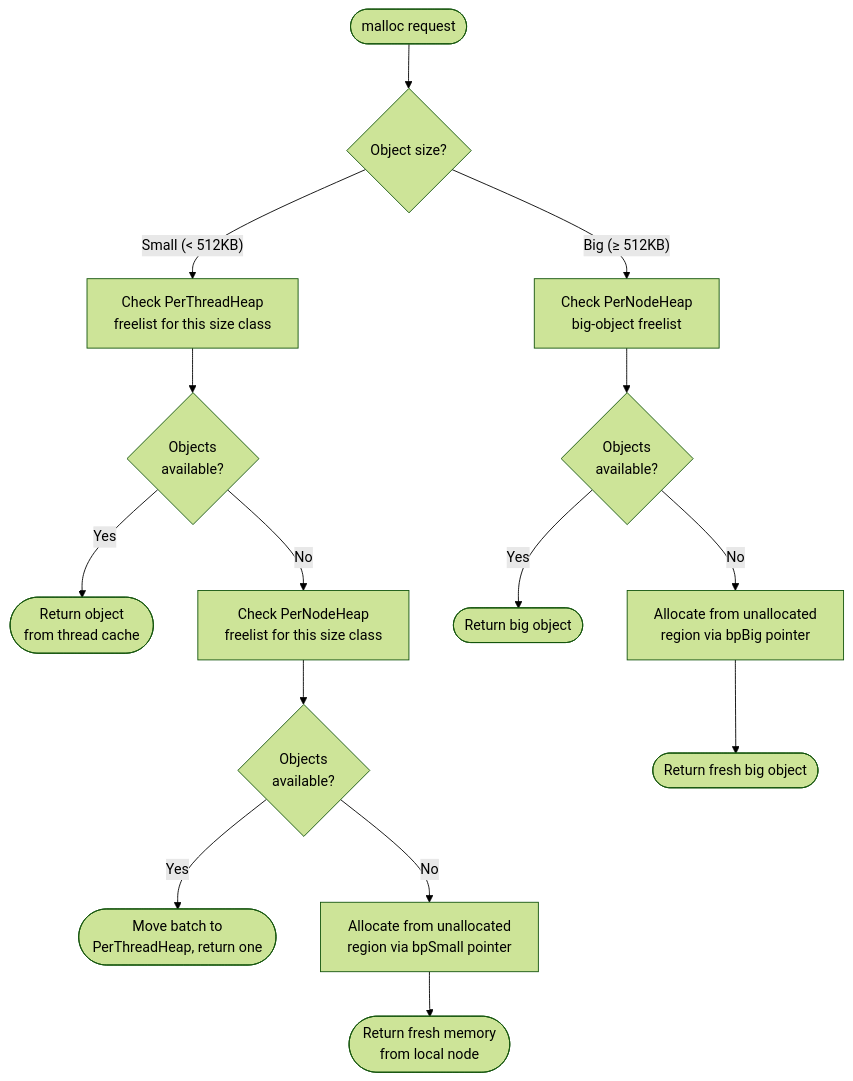
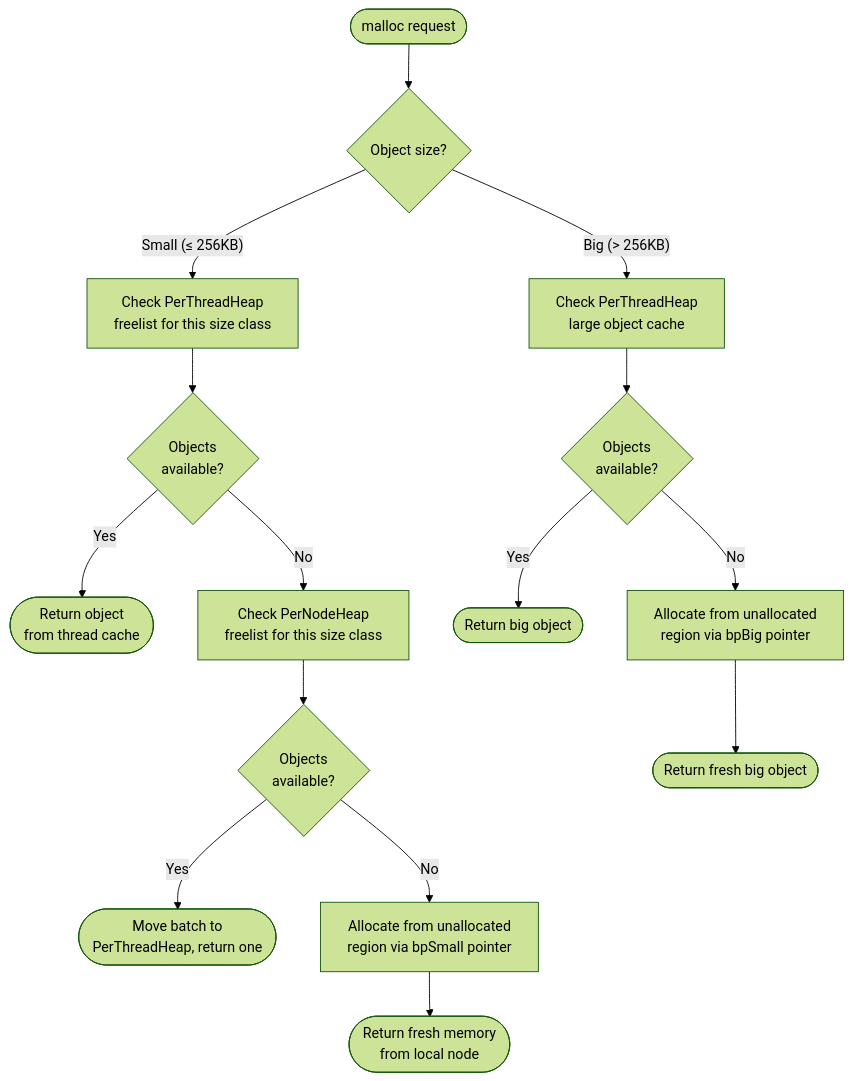
The fifth of 12 diagrams in docs/architecture_design.md (Mnwa/NUMAlloc-rs), drawn with Mermaid (forest theme) before and after one commit. The commit also changed other lines of this file and 7 other files, not shown here.

````diff
--- a/docs/architecture_design.md
+++ b/docs/architecture_design.md
@@ -177,21 +177,21 @@
 ```mermaid
 flowchart TD
     REQ([malloc request]) --> SIZE{Object size?}
-    SIZE -->|"Small (< 512KB)"| PTH["Check PerThreadHeap<br/>freelist for this size class"]
-    SIZE -->|"Big (≥ 512KB)"| BIG["Check PerNodeHeap<br/>big-object freelist"]
+    SIZE -->|"Small (≤ 256KB)"| PTH["Check PerThreadHeap<br/>freelist for this size class"]
+    SIZE -->|"Big (> 256KB)"| BIG["Check PerThreadHeap<br/>large object cache"]
 
     PTH --> AVAIL1{Objects<br/>available?}
     AVAIL1 -->|Yes| RETURN1([Return object<br/>from thread cache])
     AVAIL1 -->|No| PNH["Check PerNodeHeap<br/>freelist for this size class"]
 
     PNH --> AVAIL2{Objects<br/>available?}
     AVAIL2 -->|Yes| RETURN2([Move batch to<br/>PerThreadHeap, return one])
     AVAIL2 -->|No| FRESH["Allocate from unallocated<br/>region via bpSmall pointer"]
 
     FRESH --> RETURN3([Return fresh memory<br/>from local node])
 
     BIG --> AVAIL3{Objects<br/>available?}
     AVAIL3 -->|Yes| RETURN4([Return big object])
     AVAIL3 -->|No| FRESH_BIG["Allocate from unallocated<br/>region via bpBig pointer"]
     FRESH_BIG --> RETURN5([Return fresh big object])
 ```
````
